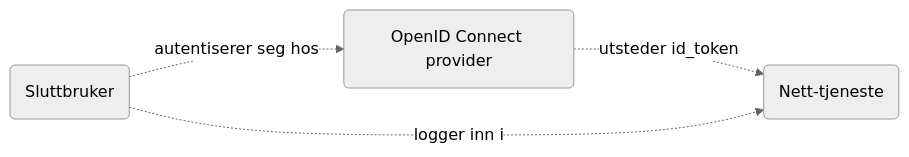
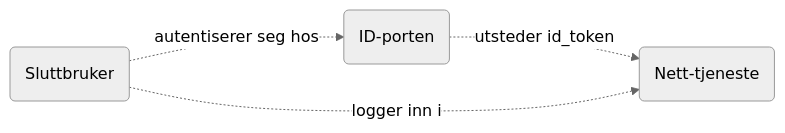
Before and after one commit to felleslosninger/docs: the first of 2 diagrams in _docs/idporten/oidc/oidc_guide_idporten.md, drawn with Mermaid (neutral theme). The commit also changed other lines of this file and 6 other files, not shown here.

```diff
--- a/_docs/idporten/oidc/oidc_guide_idporten.md
+++ b/_docs/idporten/oidc/oidc_guide_idporten.md
@@ -19,9 +18,9 @@
 <div class="mermaid">
 graph LR
   end_user(Sluttbruker)
-  OP(OpenID Connect provider)
+  OP(ID-porten)
   RP(Nett-tjeneste)
   end_user -. autentiserer seg hos .-> OP
   OP -. utsteder id_token .-> RP
   end_user -. logger inn i  .-> RP
 </div>
```
